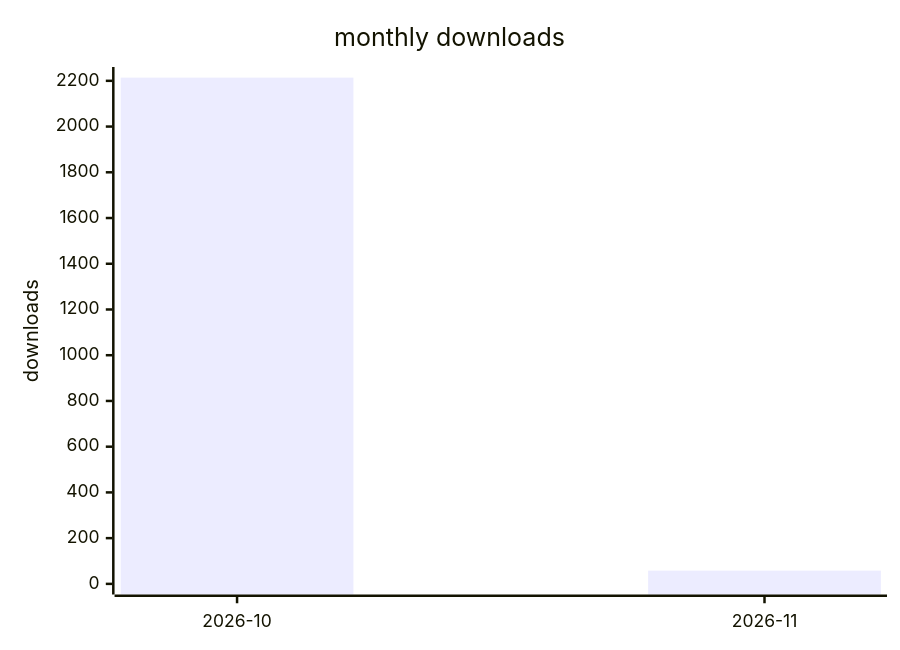
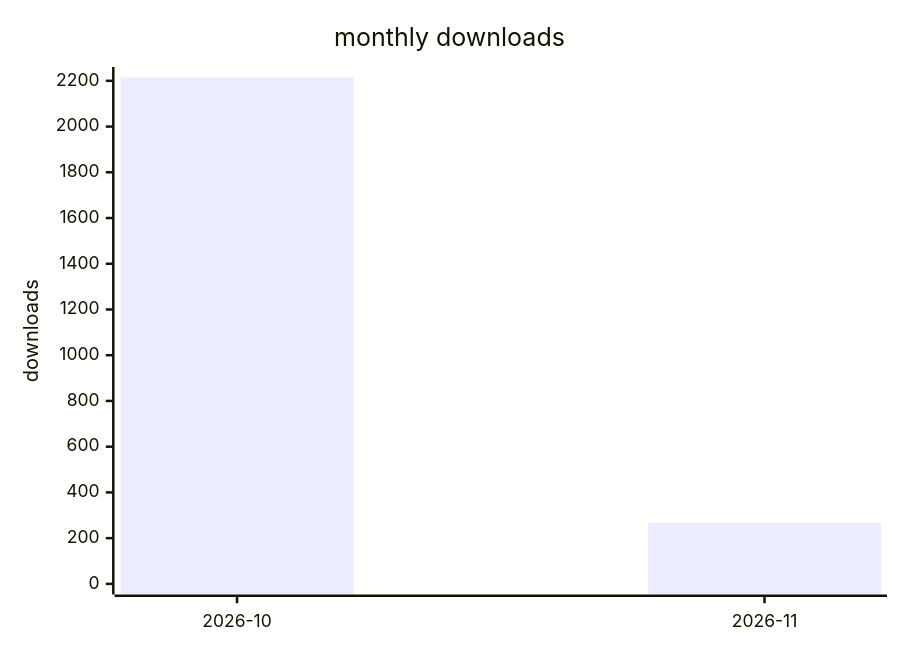
Before and after one commit to terry2010/dsh-rss-news-daily: the second of 2 diagrams in docs/downloads-2026.md, drawn with Mermaid. The commit also changed other lines of this file and 1 other file, not shown here.

````diff
--- a/docs/downloads-2026.md
+++ b/docs/downloads-2026.md
@@ -29,7 +29,7 @@
 ```mermaid
 xychart-beta
     title "monthly downloads"
     x-axis ["2026-10", "2026-11"]
     y-axis "downloads" 0 --> 2214
-    bar [2214, 58]
+    bar [2214, 267]
 ```
````
